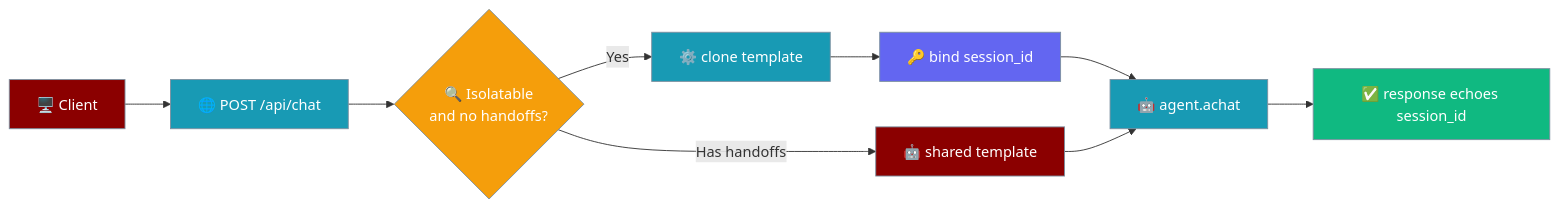
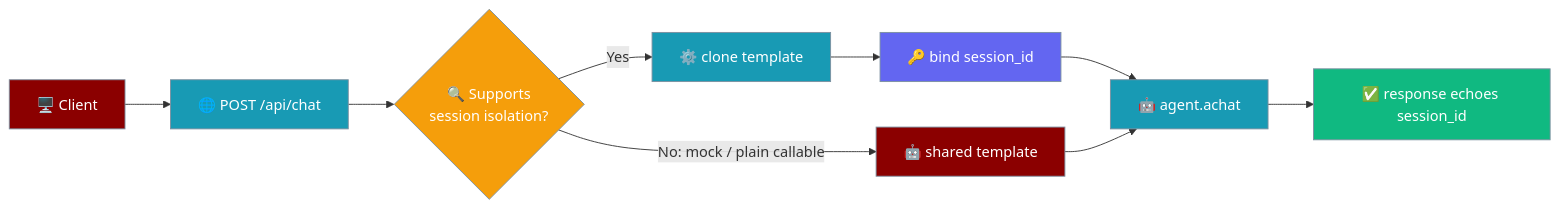
The first of 3 diagrams in docs/features/agentos-chat-session-isolation.mdx (MervinPraison/PraisonAIDocs), drawn with Mermaid before and after one commit. The commit also changed other lines of this file and 3 other files, not shown here.

````diff
--- a/docs/features/agentos-chat-session-isolation.mdx
+++ b/docs/features/agentos-chat-session-isolation.mdx
@@ -10,24 +10,24 @@
 ```mermaid
 graph LR
     Client[🖥️ Client] --> Chat[🌐 POST /api/chat]
-    Chat --> Check{🔍 Isolatable<br/>and no handoffs?}
+    Chat --> Check{🔍 Supports<br/>session isolation?}
     Check -->|Yes| Clone[⚙️ clone template]
     Clone --> Bind[🔑 bind session_id]
     Bind --> Run[🤖 agent.achat]
-    Check -->|Has handoffs| Shared[🤖 shared template]
+    Check -->|No: mock / plain callable| Shared[🤖 shared template]
     Shared --> Run
     Run --> Response[✅ response echoes session_id]
 
     classDef client fill:#8B0000,stroke:#7C90A0,color:#fff
     classDef process fill:#189AB4,stroke:#7C90A0,color:#fff
     classDef decision fill:#F59E0B,stroke:#7C90A0,color:#fff
     classDef config fill:#6366F1,stroke:#7C90A0,color:#fff
     classDef result fill:#10B981,stroke:#7C90A0,color:#fff
 
     class Client client
     class Chat,Clone,Run process
     class Check decision
     class Bind config
     class Shared client
     class Response result
 ```
````
